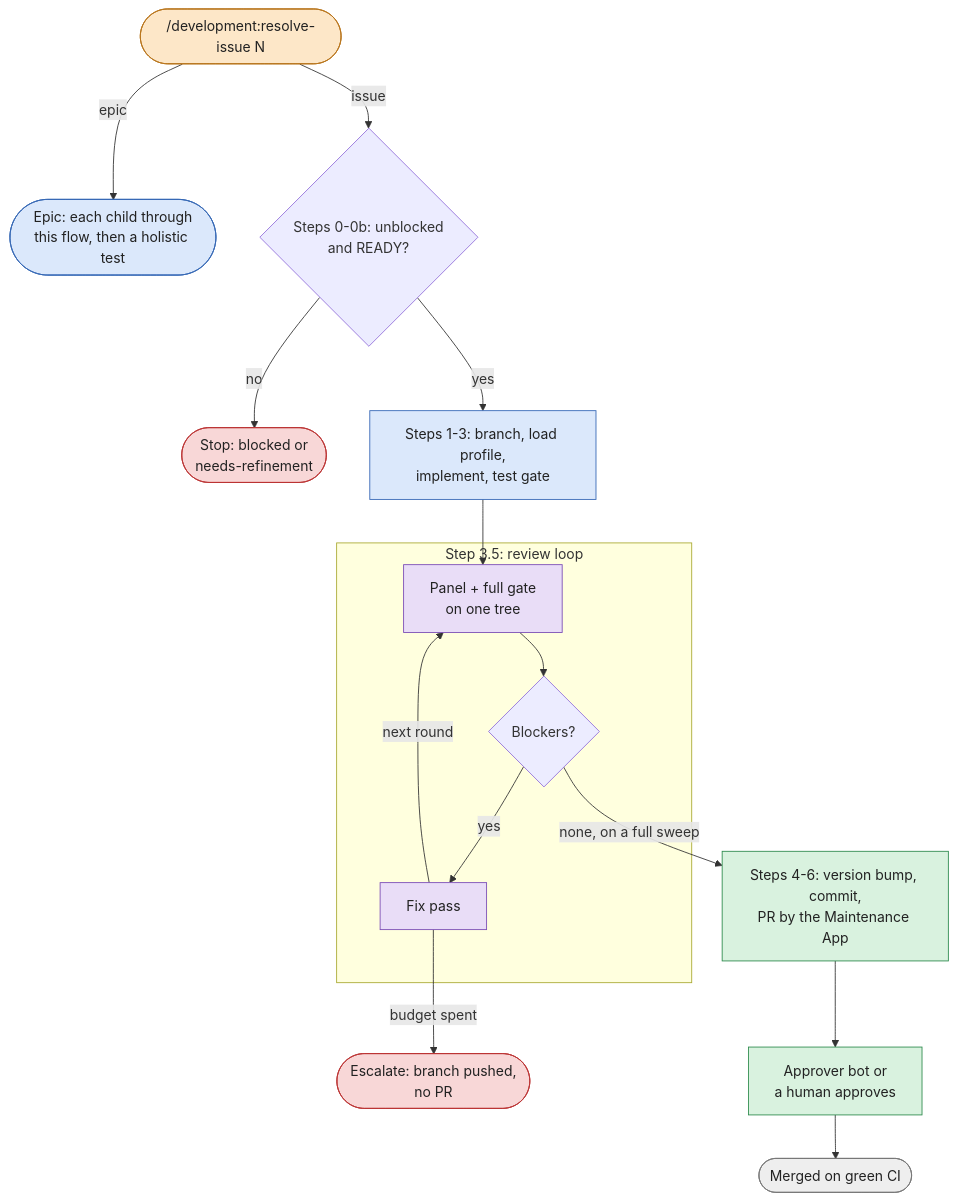
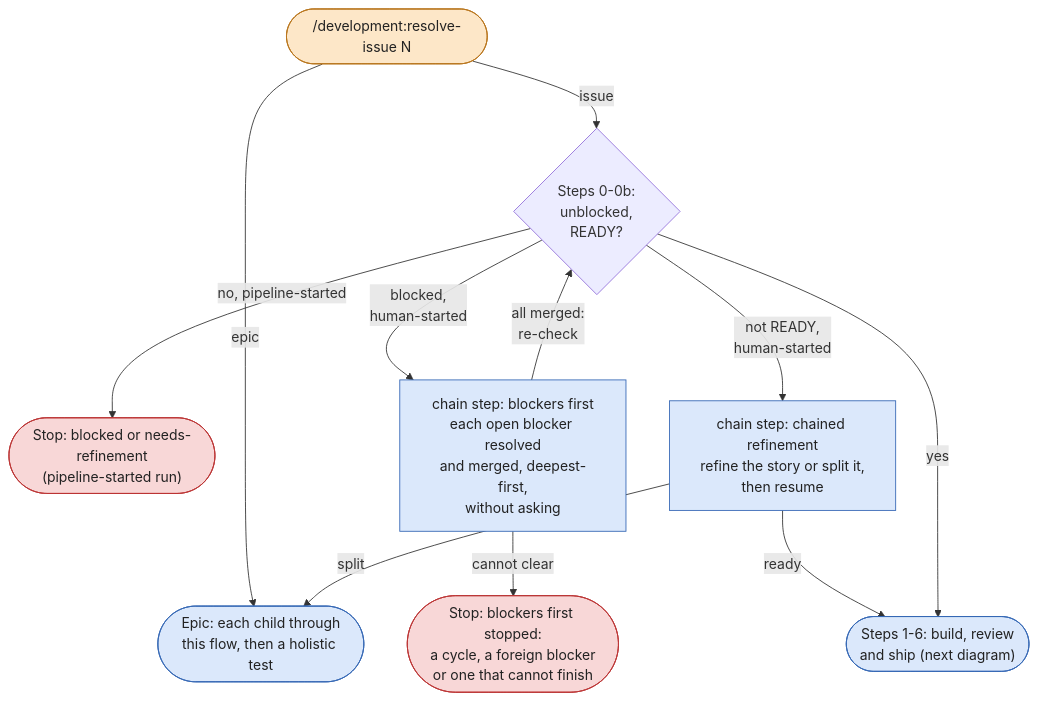
One commit to timo-jakob/timos-claude-code-plugins changed the diagram in docs/explanation/diagrams/resolve-issue.mmd. Above: the diagram before and after it, drawn with Mermaid. The commit also changed 5 other files, not shown here.

```diff
--- a/docs/explanation/diagrams/resolve-issue.mmd
+++ b/docs/explanation/diagrams/resolve-issue.mmd
@@ -1,33 +1,27 @@
 flowchart TD
     classDef human fill:#fde7c8,stroke:#b8741a,color:#222
     classDef conductor fill:#dbe8fb,stroke:#3567b5,color:#222
     classDef agent fill:#e9ddf7,stroke:#7a4cb5,color:#222
     classDef bot fill:#d9f2df,stroke:#2e8b4e,color:#222
     classDef artifact fill:#eeeeee,stroke:#777,color:#222
     classDef stop fill:#f8d7d7,stroke:#b33,color:#222
 
     START(["/development:resolve-issue N"]):::human
     EPIC(["Epic: each child through<br/>this flow, then a holistic test"]):::conductor
-    GATES{"Steps 0-0b: unblocked<br/>and READY?"}
-    STOP(["Stop: blocked or<br/>needs-refinement"]):::stop
-    BUILD["Steps 1-3: branch, load profile,<br/>implement, test gate"]:::conductor
-
-    subgraph LOOP["Step 3.5: review loop"]
-        PANEL["Panel + full gate<br/>on one tree"]:::agent
-        BLOCK{"Blockers?"}
-        FIX["Fix pass"]:::agent
-    end
-
-    ESC(["Escalate: branch pushed,<br/>no PR"]):::stop
-    SHIP["Steps 4-6: version bump, commit,<br/>PR by the Maintenance App"]:::bot
-    APPR["Approver bot or<br/>a human approves"]:::bot
-    MERGE(["Merged on green CI"]):::artifact
+    GATES{"Steps 0-0b:<br/>unblocked,<br/>READY?"}
+    STOP(["Stop: blocked or needs-refinement<br/>(pipeline-started run)"]):::stop
+    BFIRST["chain step: blockers first<br/>each open blocker resolved<br/>and merged, deepest-first,<br/>without asking"]:::conductor
+    BSTOP(["Stop: blockers first stopped:<br/>a cycle, a foreign blocker<br/>or one that cannot finish"]):::stop
+    REFINE["chain step: chained refinement<br/>refine the story or split it,<br/>then resume"]:::conductor
+    BUILD(["Steps 1-6: build, review<br/>and ship (next diagram)"]):::conductor
 
     START -- epic --> EPIC
     START -- issue --> GATES
-    GATES -- no --> STOP
-    GATES -- yes --> BUILD --> PANEL --> BLOCK
-    BLOCK -- yes --> FIX -- "next round" --> PANEL
-    BLOCK -- "none, on a full sweep" --> SHIP
-    FIX -- "budget spent" --> ESC
-    SHIP --> APPR --> MERGE
+    GATES -- "no, pipeline-started" --> STOP
+    GATES -- "blocked,<br/>human-started" --> BFIRST
+    BFIRST -- "all merged:<br/>re-check" --> GATES
+    BFIRST -- "cannot clear" --> BSTOP
+    GATES -- "not READY,<br/>human-started" --> REFINE
+    REFINE -- split --> EPIC
+    REFINE -- ready --> BUILD
+    GATES -- yes --> BUILD
```
